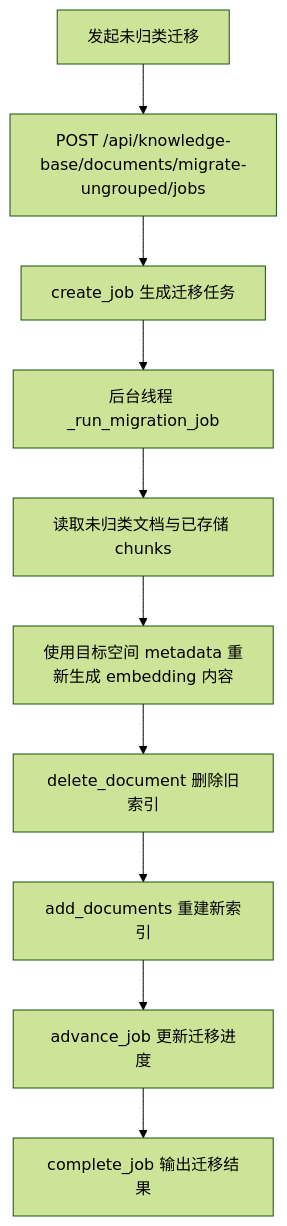
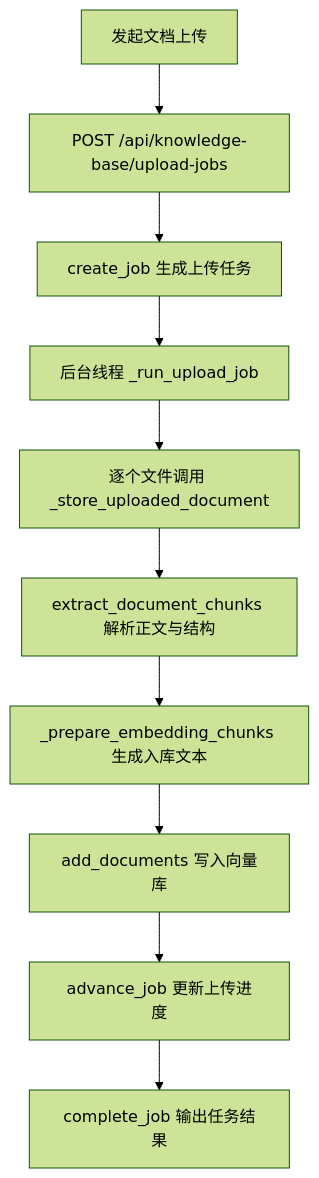
The fourth of 7 diagrams in docs/项目执行流程分析.md (emotion-exit/rag-agent), drawn with Mermaid (forest theme) before and after one commit. The commit also changed other lines of this file and 22 other files, not shown here.

````diff
--- a/docs/项目执行流程分析.md
+++ b/docs/项目执行流程分析.md
@@ -282,12 +268,12 @@
 ```mermaid
 flowchart TD
-  A["发起未归类迁移"] --> B["POST /api/knowledge-base/documents/migrate-ungrouped/jobs"]
-  B --> C["create_job 生成迁移任务"]
-  C --> D["后台线程 _run_migration_job"]
-  D --> E["读取未归类文档与已存储 chunks"]
-  E --> F["使用目标空间 metadata 重新生成 embedding 内容"]
-  F --> G["delete_document 删除旧索引"]
-  G --> H["add_documents 重建新索引"]
-  H --> I["advance_job 更新迁移进度"]
-  I --> J["complete_job 输出迁移结果"]
+  A["发起文档上传"] --> B["POST /api/knowledge-base/upload-jobs"]
+  B --> C["create_job 生成上传任务"]
+  C --> D["后台线程 _run_upload_job"]
+  D --> E["逐个文件调用 _store_uploaded_document"]
+  E --> F["extract_document_chunks 解析正文与结构"]
+  F --> G["_prepare_embedding_chunks 生成入库文本"]
+  G --> H["add_documents 写入向量库"]
+  H --> I["advance_job 更新上传进度"]
+  I --> J["complete_job 输出任务结果"]
 ```
````
